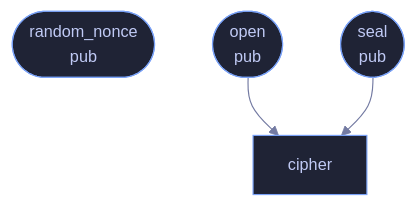
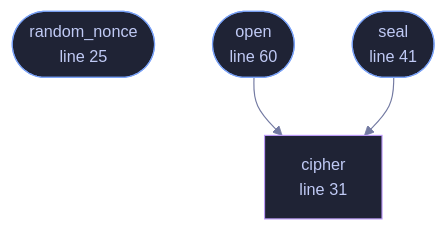
One commit to tilas01/veilvoice changed the diagram in wiki/File-veilvoice-crypto-aead.md. Above: the diagram before and after it, drawn with Mermaid. The commit also changed other lines of this file and 182 other files, not shown here.

````diff
--- a/wiki/File-veilvoice-crypto-aead.md
+++ b/wiki/File-veilvoice-crypto-aead.md
@@ -28,10 +42,14 @@
 ```mermaid
 %%{init: {"theme":"base","themeVariables":{"background":"#1a1b26","primaryColor":"#1f2335","primaryTextColor":"#c0caf5","primaryBorderColor":"#7aa2f7","secondaryColor":"#16161e","tertiaryColor":"#16161e","lineColor":"#737aa2","textColor":"#c0caf5","mainBkg":"#1f2335","nodeBorder":"#7aa2f7","clusterBkg":"#16161e","clusterBorder":"#2f3549","fontFamily":"ui-monospace, SFMono-Regular, Consolas, monospace","fontSize":"14px"}}}%%
 flowchart TD
-    n_random_nonce(["random_nonce<br/>pub"])
-    n_cipher["cipher"]
-    n_seal(["seal<br/>pub"])
-    n_open(["open<br/>pub"])
+    n_random_nonce(["random_nonce<br/>line 25"])
+    n_cipher["cipher<br/>line 31"]
+    n_seal(["seal<br/>line 41"])
+    n_open(["open<br/>line 60"])
     n_open --> n_cipher
     n_seal --> n_cipher
+    classDef entry fill:#1f2335,stroke:#7aa2f7,color:#c0caf5
+    class n_random_nonce,n_seal,n_open entry
+    classDef helper fill:#1f2335,stroke:#bb9af7,color:#c0caf5
+    class n_cipher helper
 ```
````
